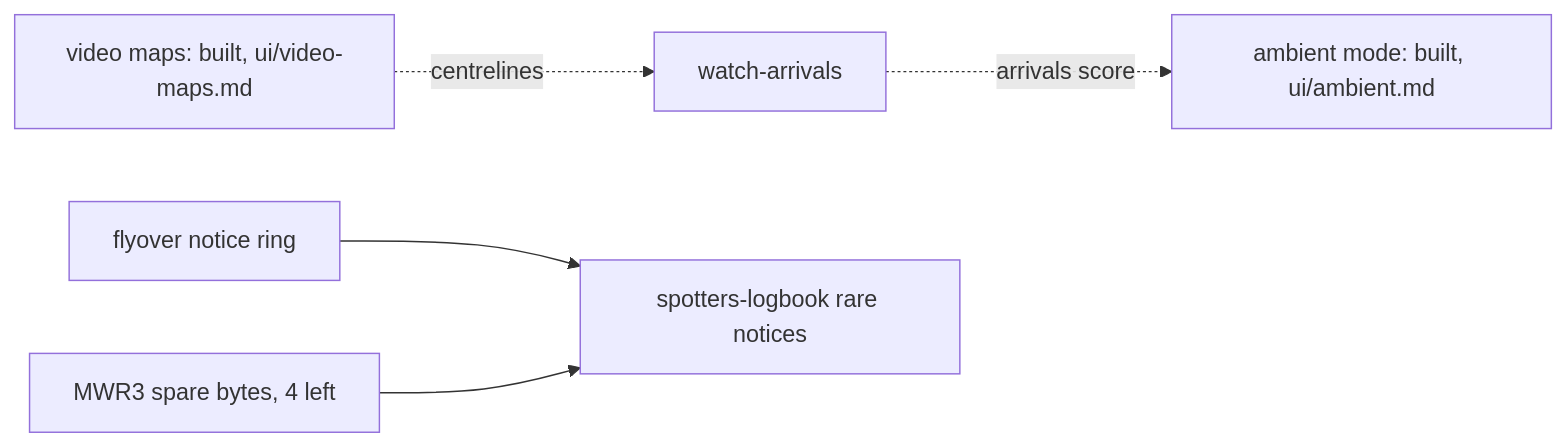
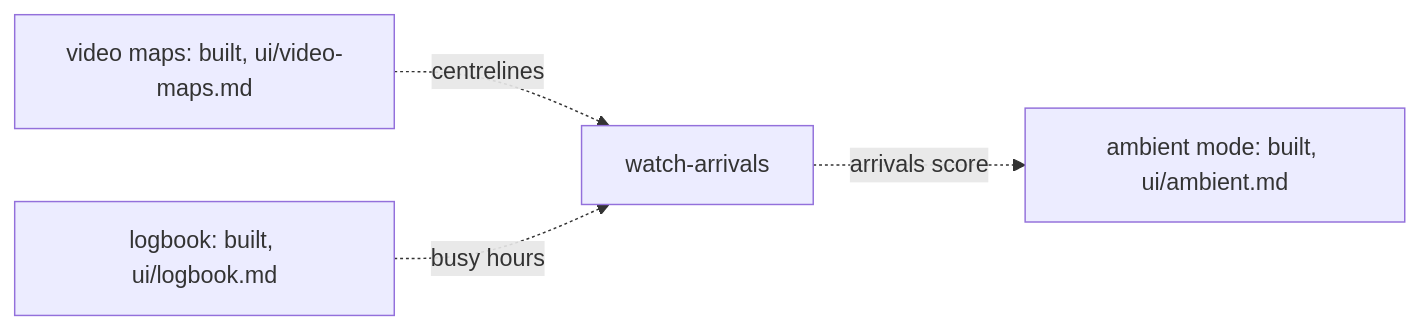
The diagram in lode/plans/ideas/summary.md (jfryman/mega-wifi-radar), drawn with Mermaid before and after one commit. The commit also changed other lines of this file and 63 other files, not shown here.

````diff
--- a/lode/plans/ideas/summary.md
+++ b/lode/plans/ideas/summary.md
@@ -16,7 +15,6 @@
 ```mermaid
 flowchart LR
   ARR[watch-arrivals] -. arrivals score .-> AMB[ambient mode: built, ui/ambient.md]
   MAP[video maps: built, ui/video-maps.md] -. centrelines .-> ARR
-  NOT[flyover notice ring] --> LOG[spotters-logbook rare notices]
-  CFG[MWR3 spare bytes, 4 left] --> LOG
+  LOG[logbook: built, ui/logbook.md] -. busy hours .-> ARR
 ```
````
